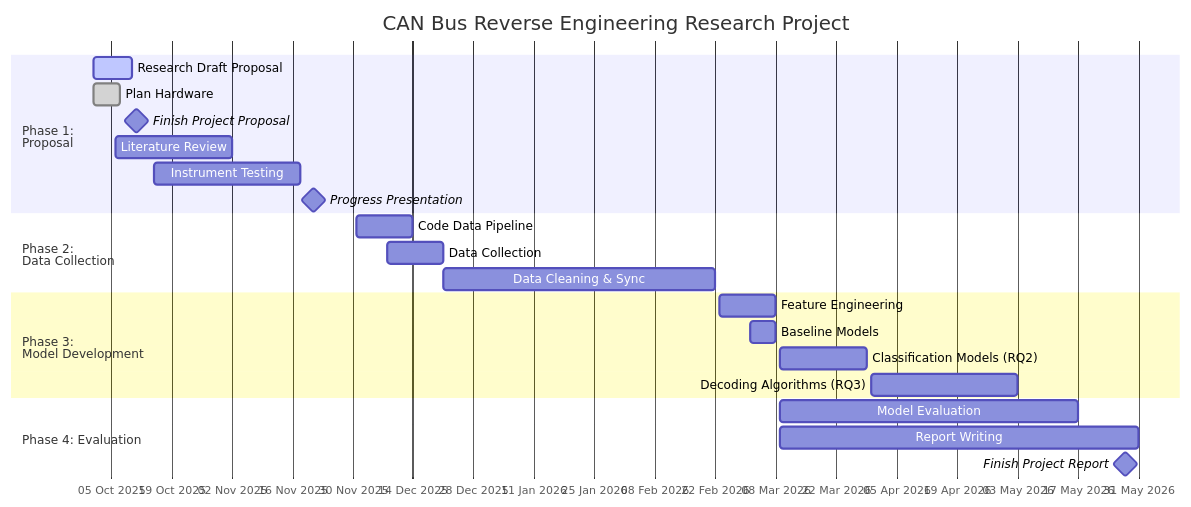
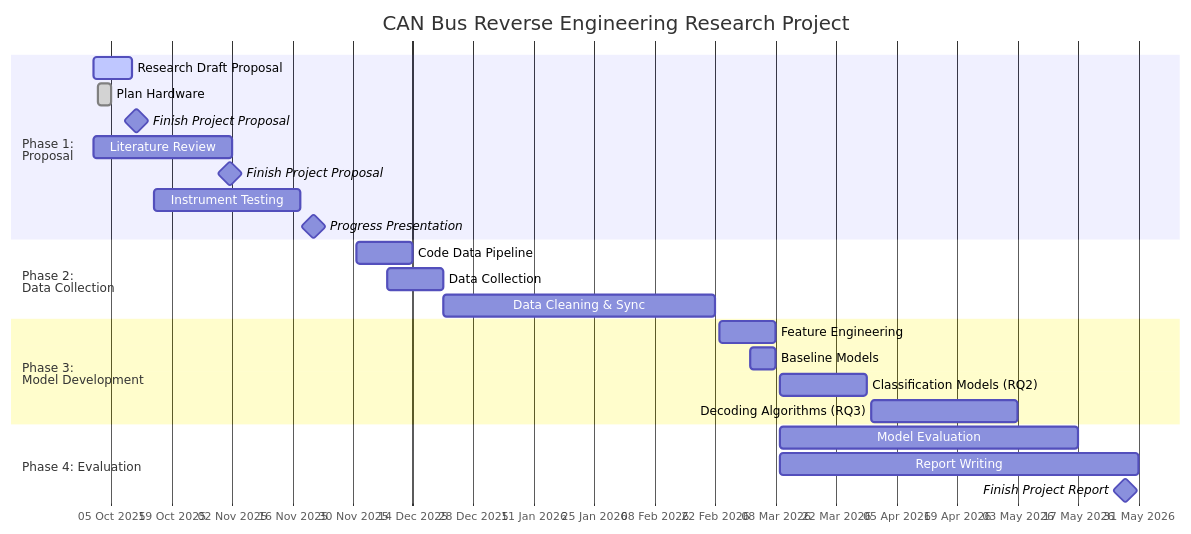
The diagram in README.md (CraigAA/CAN_Reverse_Engineering_Project), drawn with Mermaid before and after one commit.

````diff
--- a/README.md
+++ b/README.md
@@ -2,30 +2,31 @@
 ```mermaid
 gantt
     title CAN Bus Reverse Engineering Research Project
     dateFormat  YYYY-MM-DD
     axisFormat  %d %b %Y
     tickInterval 2week
     section Phase 1:<br>Proposal
     Research Draft Proposal     :active, rp, 2025-10-01, 2025-10-10
-    Plan Hardware               :done, oh, 2025-10-01, 2025-10-07
+    Plan Hardware               :done, oh, 2025-10-02, 2025-10-05
     Finish Project Proposal     :milestone, frp, 2025-10-10, 2025-10-12
-    Literature Review           :lr, 2025-10-06, 2025-11-02
+    Literature Review           :lr, 2025-10-01, 2025-11-02
+    Finish Project Proposal     :milestone, frp, 2025-11-01, 2025-11-02
     Instrument Testing          :it, 2025-10-15, 2025-11-18
     Progress Presentation       :milestone, pp, 2025-11-19, 2025-11-23
 
     section Phase 2:<br>Data Collection
     Code Data Pipeline          :dp, 2025-12-01, 2025-12-14
     Data Collection             :dc, 2025-12-08, 2025-12-21
     Data Cleaning & Sync        :dc, 2025-12-21, 2026-02-22
 
     section Phase 3:<br>Model Development
     Feature Engineering         :fe, 2026-02-23, 2026-03-08
     Baseline Models             :bm, 2026-03-02, 2026-03-08
     Classification Models (RQ2) :cm, 2026-03-09, 2026-03-29
     Decoding Algorithms (RQ3)   :da, 2026-03-30, 2026-05-03
 
     section Phase 4: Evaluation
     Model Evaluation            :ce, 2026-03-09, 2026-05-17
     Report Writing              :wr, 2026-03-09, 2026-05-31
     Finish Project Report       :milestone, fta, 2026-05-25, 2026-05-31
 ```
````
